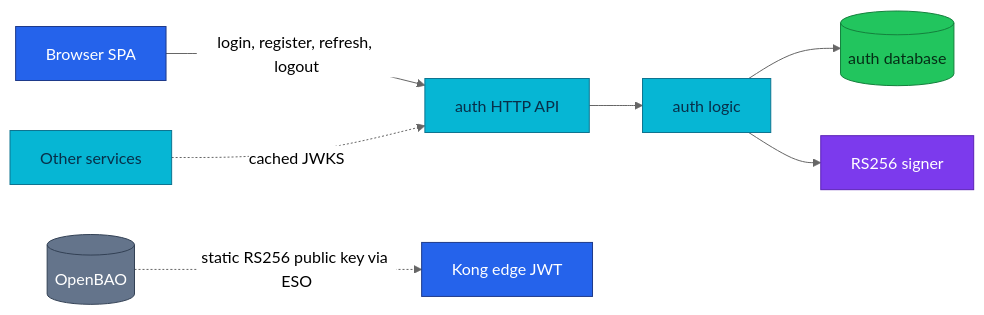
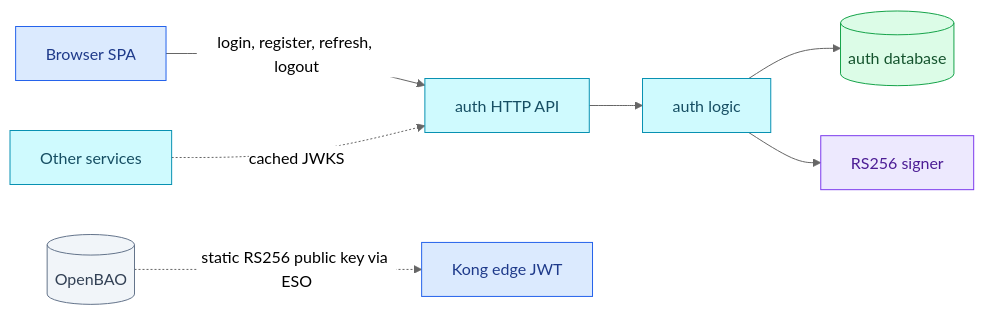
One commit to duynhlab/homelab changed the first of 2 diagrams in docs/api/auth.md. Above: the diagram before and after it, drawn with Mermaid (neutral theme). The commit also changed 174 other files, not shown here.

First line of the commit message:
Soft-tint diagram palette, a signal-flow diagram, a Linux-ready Draw.io skill

````diff
--- a/docs/api/auth.md
+++ b/docs/api/auth.md
@@ -60,20 +60,20 @@
 ```mermaid
 flowchart LR
     SPA[Browser SPA] -->|login, register, refresh, logout| HTTP[auth HTTP API]
     HTTP --> Logic[auth logic]
     Logic --> DB[(auth database)]
     Logic --> Signer[RS256 signer]
     Services[Other services] -. cached JWKS .-> HTTP
     OpenBAO[(OpenBAO)] -. static RS256 public key via ESO .-> Kong[Kong edge JWT]
 
-    classDef edge fill:#2563eb,color:#fff,stroke:#1e3a8a;
-    classDef service fill:#06b6d4,color:#082f49,stroke:#0e7490;
-    classDef platform fill:#7c3aed,color:#fff,stroke:#5b21b6;
-    classDef data fill:#22c55e,color:#052e16,stroke:#15803d;
-    classDef external fill:#64748b,color:#fff,stroke:#334155;
+    classDef edge fill:#dbeafe,color:#1e3a8a,stroke:#2563eb;
+    classDef service fill:#cffafe,color:#164e63,stroke:#0891b2;
+    classDef platform fill:#ede9fe,color:#4c1d95,stroke:#7c3aed;
+    classDef data fill:#dcfce7,color:#14532d,stroke:#16a34a;
+    classDef external fill:#f1f5f9,color:#334155,stroke:#64748b;
     class SPA,Kong edge;
     class HTTP,Logic,Services service;
     class Signer platform;
     class DB data;
     class OpenBAO external;
 ```
````
